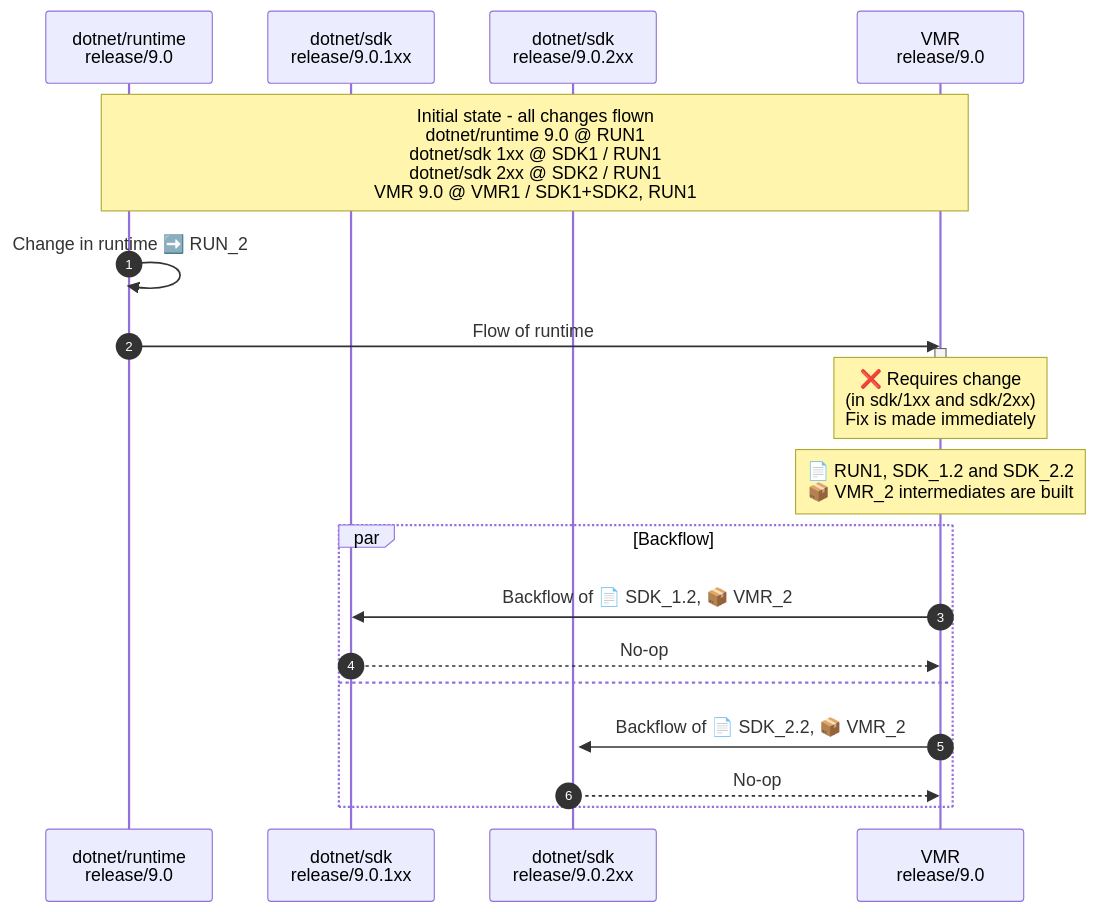
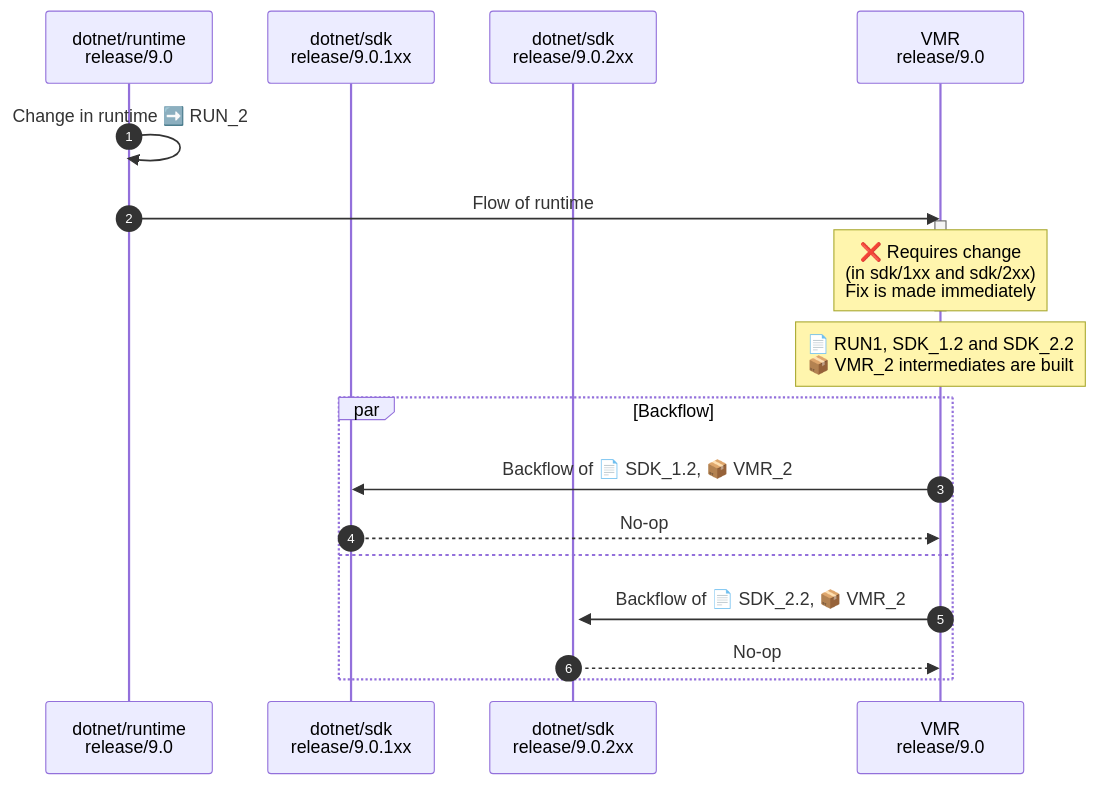
One commit to dotnet/arcade changed the eighth of 8 diagrams in Documentation/UnifiedBuild/VMR-Managing-SDK-Bands.md. Above: the diagram before and after it, drawn with Mermaid. The commit also changed other lines of this file, not shown here.

Commit message:
Remove initial state

````diff
--- a/Documentation/UnifiedBuild/VMR-Managing-SDK-Bands.md
+++ b/Documentation/UnifiedBuild/VMR-Managing-SDK-Bands.md
@@ -379,29 +373,27 @@
 ```mermaid
 sequenceDiagram
     autonumber
 
     participant runtime as dotnet/runtime<br />release/9.0
     participant SDK_1xx as dotnet/sdk<br />release/9.0.1xx
     participant SDK_2xx as dotnet/sdk<br />release/9.0.2xx
     participant VMR as VMR<br />release/9.0
-
-    Note over runtime, VMR: Initial state - all changes flown<br />dotnet/runtime 9.0 @ RUN1<br />dotnet/sdk 1xx @ SDK1 / RUN1<br />dotnet/sdk 2xx @ SDK2 / RUN1<br />VMR 9.0 @ VMR1 / SDK1+SDK2, RUN1
 
     runtime->>runtime: Change in runtime ➡️ RUN_2
 
 
     activate SDK_2xx
     runtime->>VMR: Flow of runtime
     activate VMR
     Note over VMR: ❌ Requires change<br />(in sdk/1xx and sdk/2xx)<br />Fix is made immediately
     deactivate VMR
     Note over VMR: 📄 RUN1, SDK_1.2 and SDK_2.2<br />📦 VMR_2 intermediates are built
 
     par Backflow
         VMR->>SDK_1xx: Backflow of 📄 SDK_1.2, 📦 VMR_2
         SDK_1xx-->>VMR: No-op
     and
         VMR->>SDK_2xx: Backflow of 📄 SDK_2.2, 📦 VMR_2
         SDK_2xx-->>VMR: No-op
     end
 ```
````
